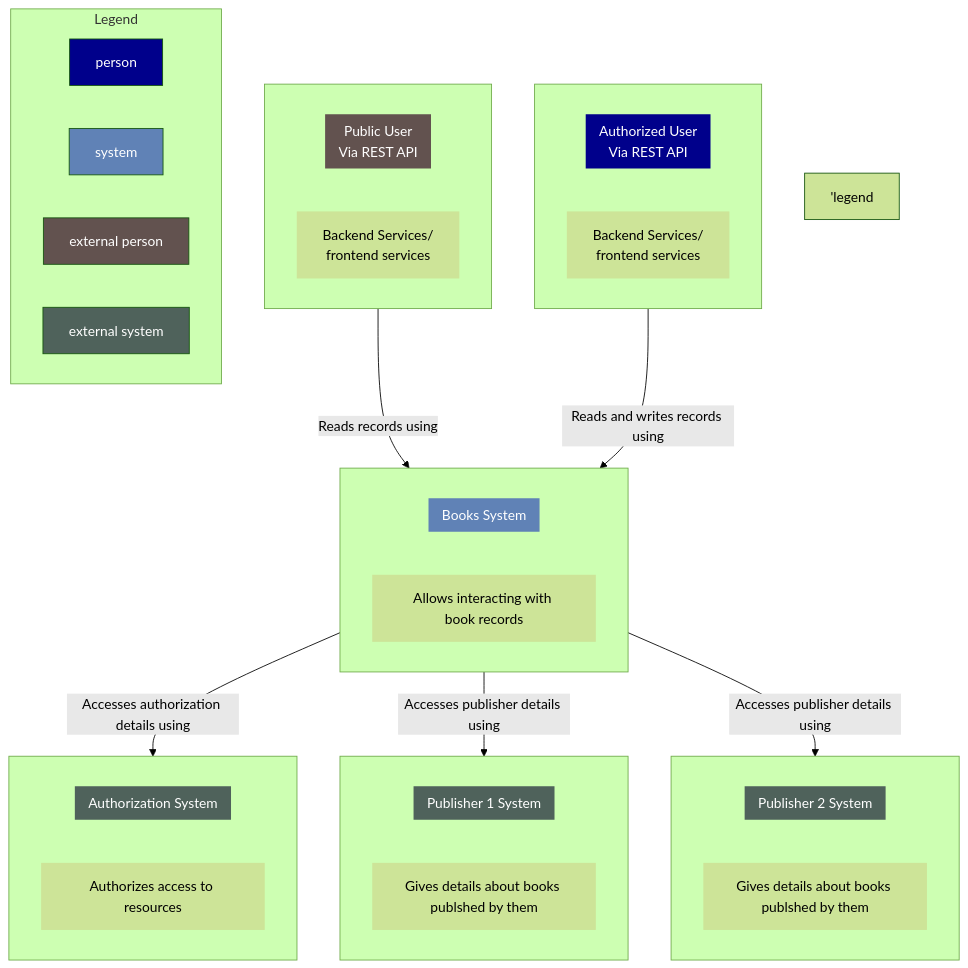
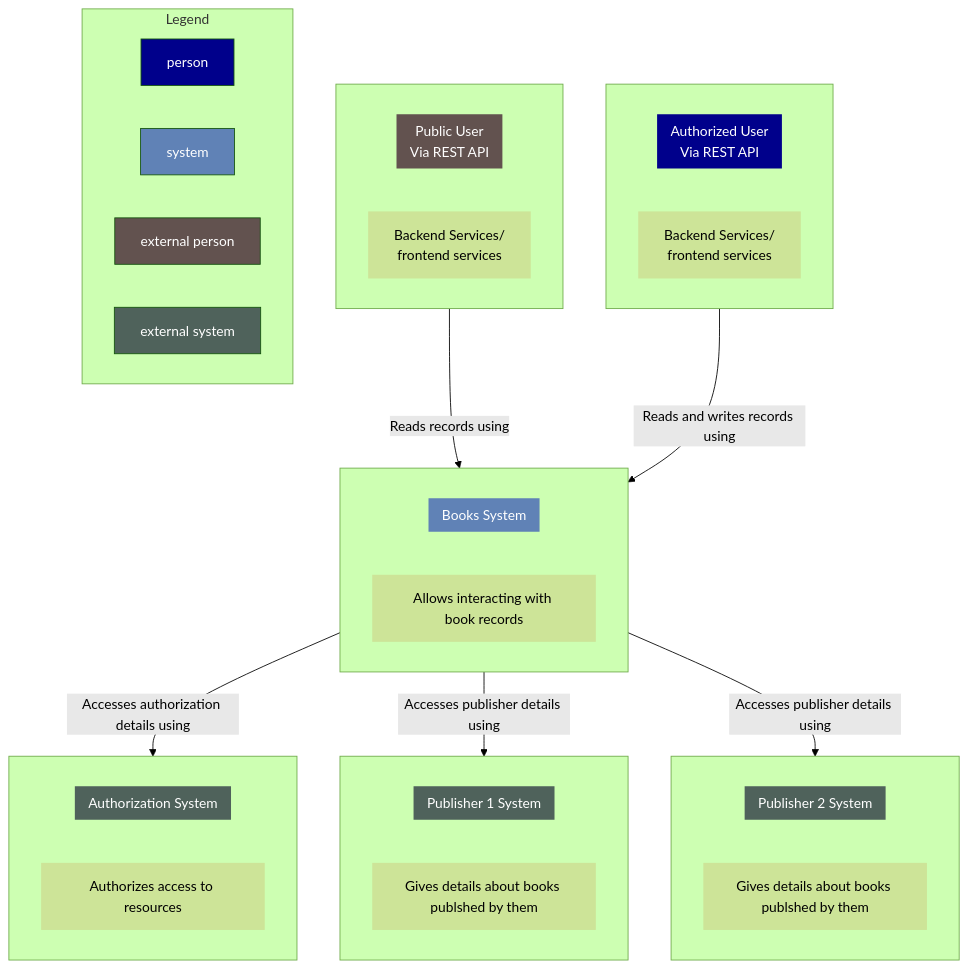
Before and after one commit to pauljeanquart/mermaid: the diagram in README.md, drawn with Mermaid (forest theme).

````diff
--- a/README.md
+++ b/README.md
@@ -3,72 +3,72 @@
 ```mermaid
 flowchart TB
 classDef borderless stroke-width:0px
 classDef darkBlue fill:#00008B, color:#fff
 classDef brightBlue fill:#6082B6, color:#fff
 classDef gray fill:#62524F, color:#fff
 classDef gray2 fill:#4F625B, color:#fff
 
 subgraph publicUser[ ]
     A1[[Public User<br/> Via REST API]]
     B1[Backend Services/<br/>frontend services]
 end
 class publicUser,A1 gray
 
 subgraph authorizedUser[ ]
     A2[[Authorized User<br/> Via REST API]]
     B2[Backend Services/<br/>frontend services]
 end
 class authorizedUser,A2 darkBlue
 
 subgraph booksSystem[ ]
     A3[[Books System]]
     B3[Allows interacting with book records]
 end
 class booksSystem,A3 brightBlue
 
 
 publicUser--Reads records using-->booksSystem
 authorizedUser--Reads and writes records using-->booksSystem
 
 subgraph authorizationSystem[ ]
     A4[[Authorization System]]
     B4[Authorizes access to resources]
 end
 
 subgraph publisher1System[ ]
     A5[[Publisher 1 System]]
     B5[Gives details about books publshed by them]
 end
 subgraph publisher2System[ ]
     A6[[Publisher 2 System]]
     B6[Gives details about books publshed by them]
 end
 class authorizationSystem,A4,publisher1System,A5,publisher2System,A6 gray2
 
 booksSystem--Accesses authorization details using-->authorizationSystem
 booksSystem--Accesses publisher details using-->publisher1System
 booksSystem--Accesses publisher details using-->publisher2System
 
 class A1,A2,A3,A4,A5,A6,B1,B2,B3,B4,B5,B6 borderless
 
 click A3 "/csymapp/mermaid-c4-model/blob/master/containerDiagram.md" "booksSystem"
 
-'legend
+
 classDef borderless stroke-width:0px
 classDef darkBlue fill:#00008B, color:#fff
 classDef brightBlue fill:#6082B6, color:#fff
 classDef gray fill:#62524F, color:#fff
 classDef gray2 fill:#4F625B, color:#fff
 
 subgraph Legend[Legend]
     Legend1[person]
     Legend2[system]
     Legend3[external person]
     Legend4[external system]
 end
 class Legend1 darkBlue
 class Legend2 brightBlue
 class Legend3 gray
 class Legend4 gray2
 
 ```
````
